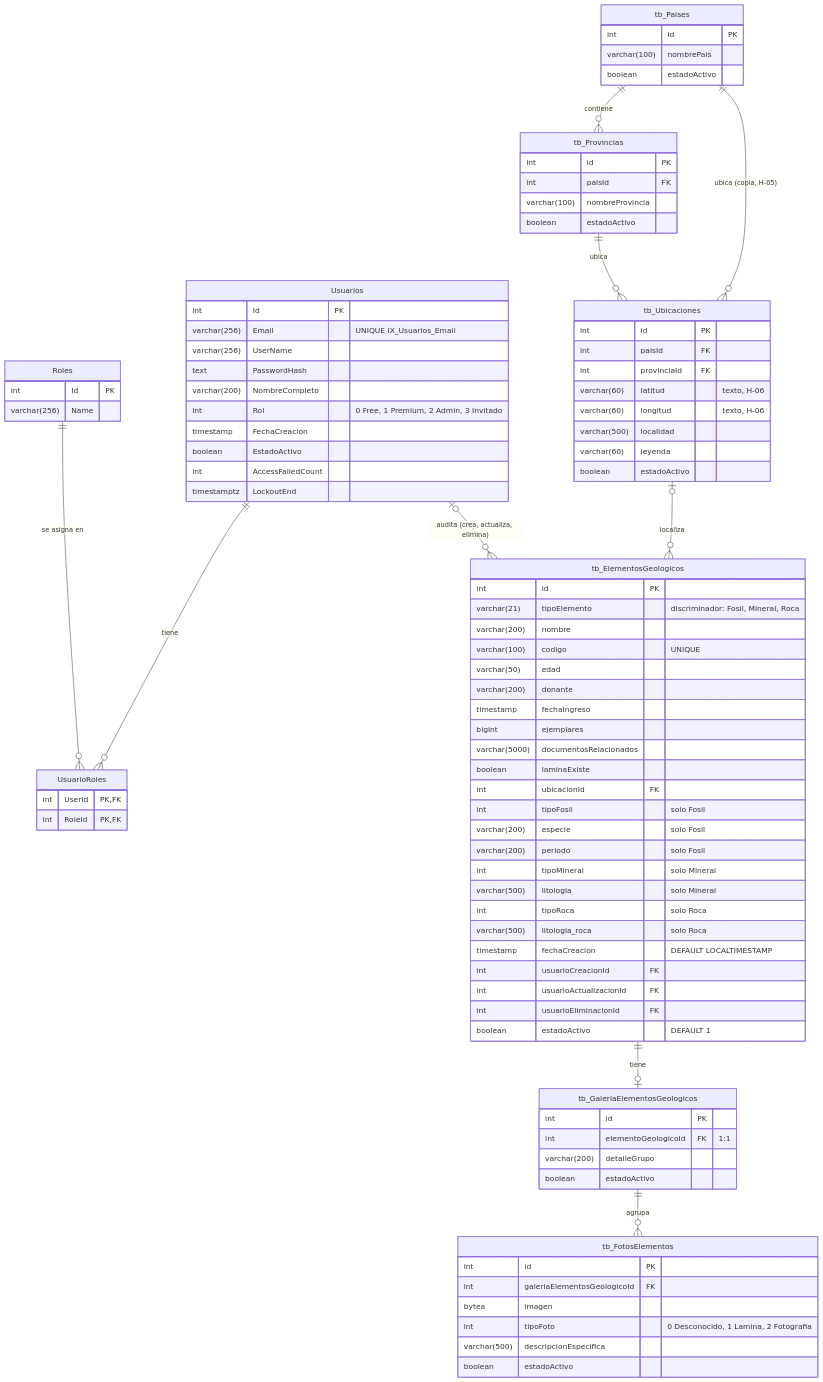
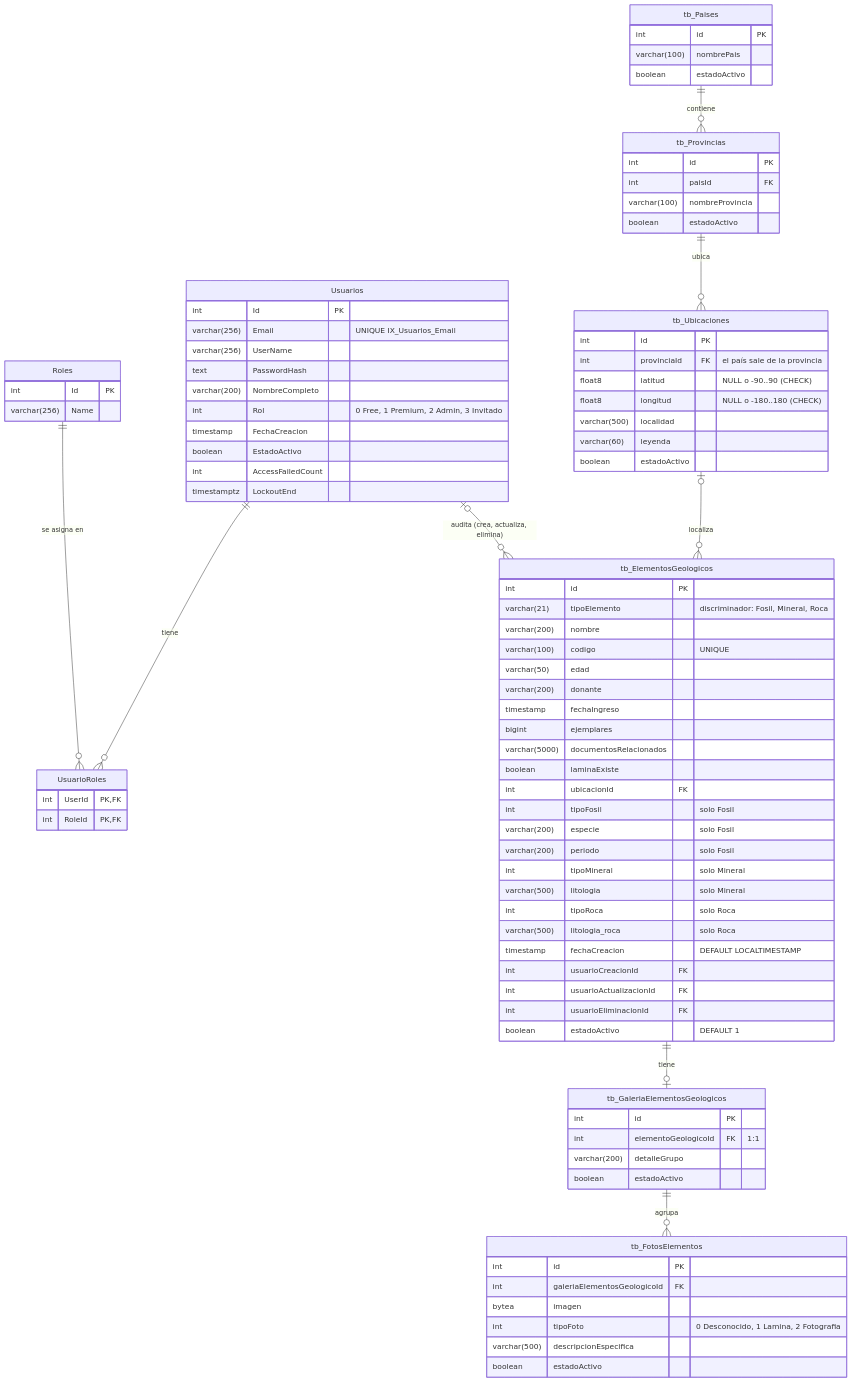
Before and after one commit to M147D/sistema-geologico-epn: the first of 2 diagrams in docs/diagramas/modelo-datos.md, drawn with Mermaid. The commit also changed other lines of this file and 7 other files, not shown here.

```diff
--- a/docs/diagramas/modelo-datos.md
+++ b/docs/diagramas/modelo-datos.md
@@ -21,7 +21,6 @@
   Usuarios ||--o{ UsuarioRoles : "tiene"
   Roles ||--o{ UsuarioRoles : "se asigna en"
   tb_Paises ||--o{ tb_Provincias : "contiene"
-  tb_Paises ||--o{ tb_Ubicaciones : "ubica (copia, H-05)"
   tb_Provincias ||--o{ tb_Ubicaciones : "ubica"
   tb_Ubicaciones |o--o{ tb_ElementosGeologicos : "localiza"
   tb_ElementosGeologicos ||--o| tb_GaleriaElementosGeologicos : "tiene"
@@ -61,10 +60,9 @@
   }
   tb_Ubicaciones {
     int id PK
-    int paisId FK
-    int provinciaId FK
-    varchar(60) latitud "texto, H-06"
-    varchar(60) longitud "texto, H-06"
+    int provinciaId FK "el país sale de la provincia"
+    float8 latitud "NULL o -90..90 (CHECK)"
+    float8 longitud "NULL o -180..180 (CHECK)"
     varchar(500) localidad
     varchar(60) leyenda
     boolean estadoActivo
```
